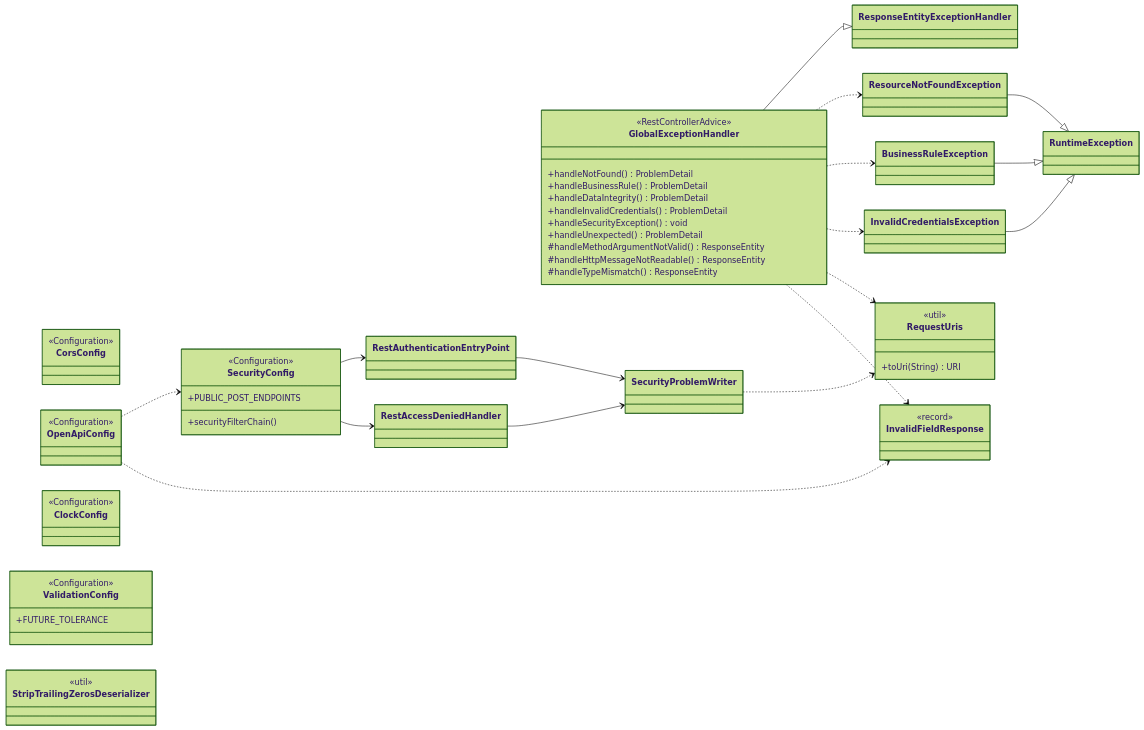
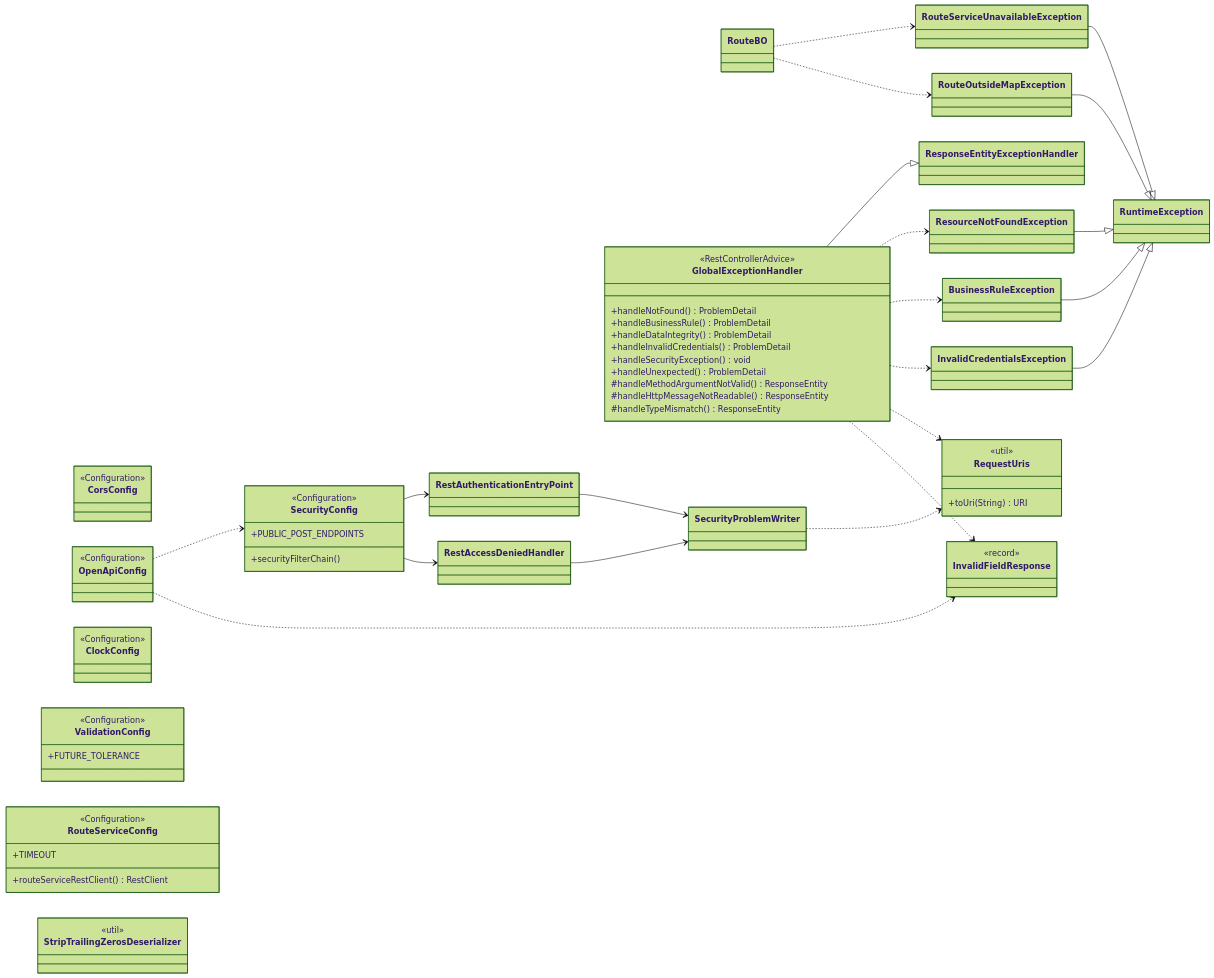
One commit to Kelwinnn/Global-Solution---Rota-Segura-DDD-Java changed the fourth of 4 diagrams in docs/class-diagram.md. Above: the diagram before and after it, drawn with Mermaid (forest theme). The commit also changed other lines of this file and 22 other files, not shown here.

```diff
--- a/docs/class-diagram.md
+++ b/docs/class-diagram.md
@@ -341,6 +398,9 @@
     class ResourceNotFoundException
     class BusinessRuleException
     class InvalidCredentialsException
+    class RouteServiceUnavailableException
+    class RouteOutsideMapException
+    class RouteBO
     class ResponseEntityExceptionHandler
     class GlobalExceptionHandler {
         <<RestControllerAdvice>>
@@ -358,6 +418,10 @@
     ResourceNotFoundException --|> RuntimeException
     BusinessRuleException --|> RuntimeException
     InvalidCredentialsException --|> RuntimeException
+    RouteServiceUnavailableException --|> RuntimeException
+    RouteOutsideMapException --|> RuntimeException
+    RouteBO ..> RouteServiceUnavailableException
+    RouteBO ..> RouteOutsideMapException
     GlobalExceptionHandler --|> ResponseEntityExceptionHandler
     GlobalExceptionHandler ..> ResourceNotFoundException
     GlobalExceptionHandler ..> BusinessRuleException
@@ -389,6 +453,11 @@
         <<Configuration>>
         +FUTURE_TOLERANCE
     }
+    class RouteServiceConfig {
+        <<Configuration>>
+        +TIMEOUT
+        +routeServiceRestClient() RestClient
+    }
     class RequestUris {
         <<util>>
         +toUri(String) URI
```
